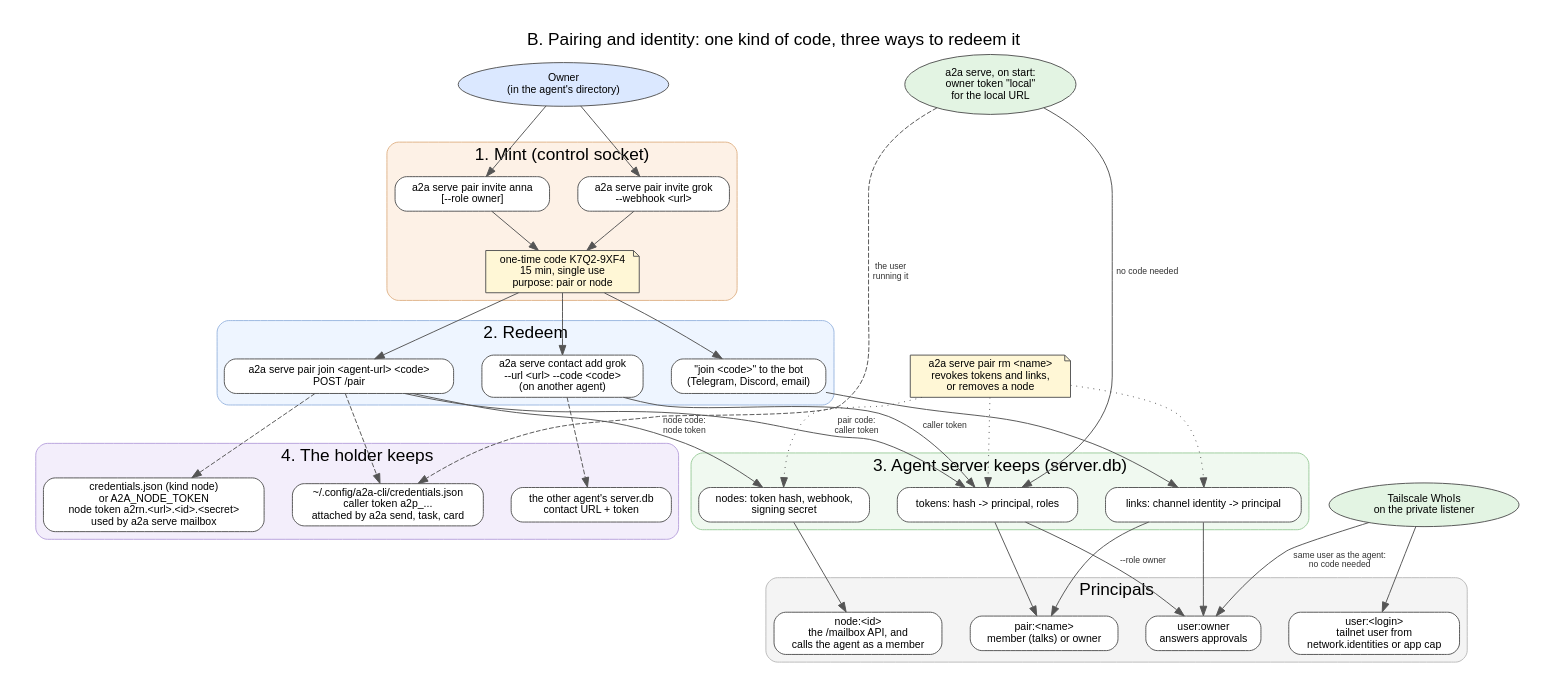
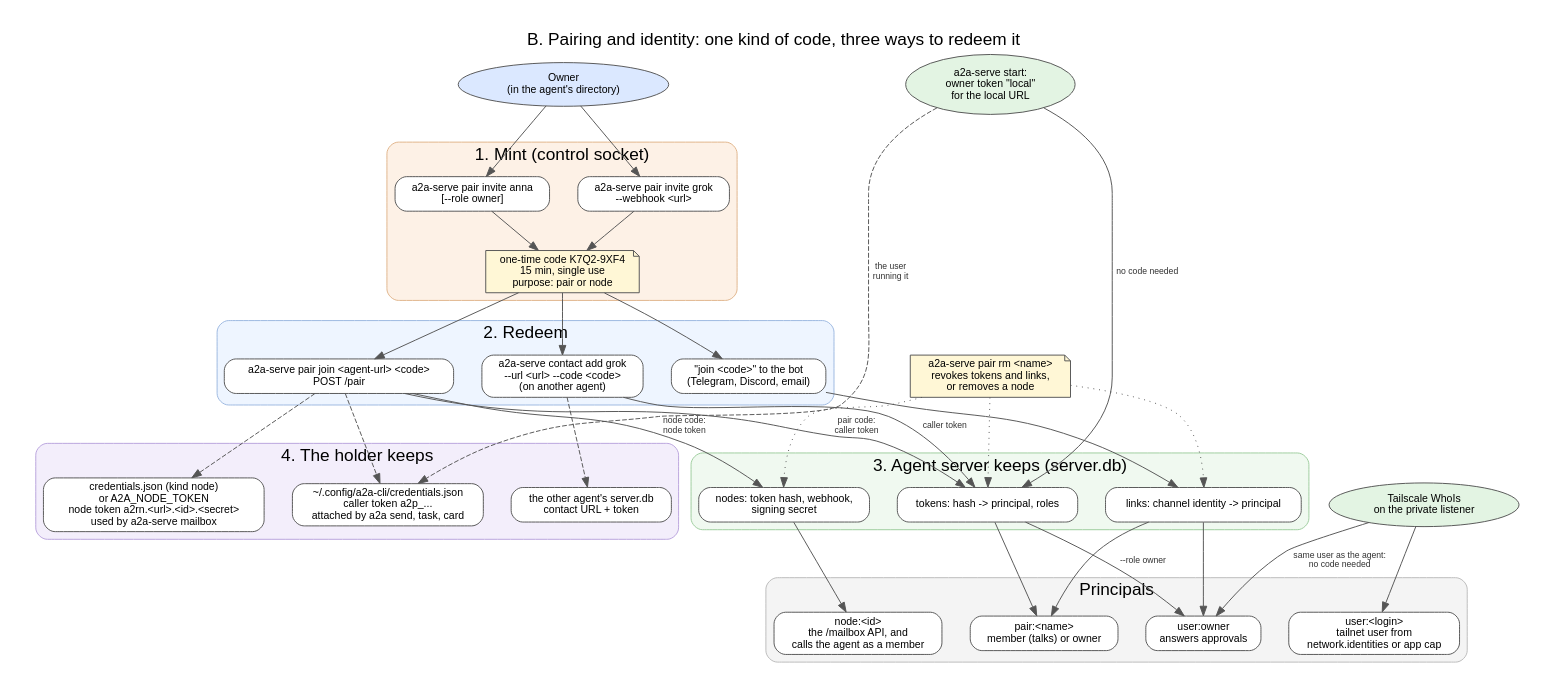
Before and after one commit to a2aproject/a2a-serve: the diagram in docs/graphs/agent-server-pairing.dot, drawn with Graphviz. The commit also changed 124 other files, not shown here.

First line of the commit message:
feat!: rename run to start and open to inspect, fold url into status and restore into backup, and write help for a2a-serve

```diff
--- a/docs/graphs/agent-server-pairing.dot
+++ b/docs/graphs/agent-server-pairing.dot
@@ -1,73 +1,73 @@
 // B. Pairing and identity: how callers, messenger accounts, other agents and
 // webhook nodes get a principal, and where each credential is kept.
 // Render: dot -Tpng -Gdpi=110 agent-server-pairing.dot -o agent-server-pairing.png
 digraph agent_server_pairing {
   rankdir=TB;
   graph [fontname="Helvetica", nodesep=0.4, ranksep=0.55, pad=0.3,
          label="B. Pairing and identity: one kind of code, three ways to redeem it", labelloc=t, fontsize=18];
   node  [fontname="Helvetica", fontsize=11, shape=box, style="rounded,filled", fillcolor="#ffffff", color="#555555"];
   edge  [fontname="Helvetica", fontsize=9, color="#555555", fontcolor="#333333"];
 
   Owner [label="Owner\n(in the agent's directory)", shape=ellipse, fillcolor="#dbe8ff"];
 
   subgraph cluster_mint {
     label="1. Mint (control socket)"; style="rounded,filled"; fillcolor="#fdf1e6"; color="#e0b48a";
-    PairCaller [label="a2a serve pair invite anna\n[--role owner]"];
-    PairNode   [label="a2a serve pair invite grok\n--webhook <url>"];
+    PairCaller [label="a2a-serve pair invite anna\n[--role owner]"];
+    PairNode   [label="a2a-serve pair invite grok\n--webhook <url>"];
     Code       [label="one-time code K7Q2-9XF4\n15 min, single use\npurpose: pair or node", shape=note, fillcolor="#fff7d6"];
   }
 
   subgraph cluster_redeem {
     label="2. Redeem"; style="rounded,filled"; fillcolor="#eef5ff"; color="#9bb7e0";
-    PairAdd  [label="a2a serve pair join <agent-url> <code>\nPOST /pair"];
+    PairAdd  [label="a2a-serve pair join <agent-url> <code>\nPOST /pair"];
     Link     [label="\"join <code>\" to the bot\n(Telegram, Discord, email)"];
-    Contact  [label="a2a serve contact add grok\n--url <url> --code <code>\n(on another agent)"];
+    Contact  [label="a2a-serve contact add grok\n--url <url> --code <code>\n(on another agent)"];
   }
 
   subgraph cluster_server {
     label="3. Agent server keeps (server.db)"; style="rounded,filled"; fillcolor="#f0f9f0"; color="#9ccc9c";
     Tokens [label="tokens: hash -> principal, roles"];
     Links  [label="links: channel identity -> principal"];
     NodeT  [label="nodes: token hash, webhook,\nsigning secret"];
   }
 
   subgraph cluster_holders {
     label="4. The holder keeps"; style="rounded,filled"; fillcolor="#f3eefb"; color="#b9a4dd";
     Creds   [label="~/.config/a2a-cli/credentials.json\ncaller token a2p_...\nattached by a2a send, task, card"];
-    NodeCreds [label="credentials.json (kind node)\nor A2A_NODE_TOKEN\nnode token a2rn.<url>.<id>.<secret>\nused by a2a serve mailbox"];
+    NodeCreds [label="credentials.json (kind node)\nor A2A_NODE_TOKEN\nnode token a2rn.<url>.<id>.<secret>\nused by a2a-serve mailbox"];
     ContactDB [label="the other agent's server.db\ncontact URL + token"];
   }
 
   subgraph cluster_principals {
     label="Principals"; style="rounded,filled"; fillcolor="#f4f4f4"; color="#bbbbbb";
     POwner  [label="user:owner\nanswers approvals"];
     PPair   [label="pair:<name>\nmember (talks) or owner"];
     PUser   [label="user:<login>\ntailnet user from\nnetwork.identities or app cap"];
     PNode   [label="node:<id>\nthe /mailbox API, and\ncalls the agent as a member"];
   }
 
   Tailnet [label="Tailscale WhoIs\non the private listener", shape=ellipse, fillcolor="#e3f4e3"];
-  Start   [label="a2a serve, on start:\nowner token \"local\"\nfor the local URL", shape=ellipse, fillcolor="#e3f4e3"];
+  Start   [label="a2a-serve start:\nowner token \"local\"\nfor the local URL", shape=ellipse, fillcolor="#e3f4e3"];
 
   Owner -> PairCaller; Owner -> PairNode;
   PairCaller -> Code; PairNode -> Code;
   Code -> PairAdd; Code -> Link; Code -> Contact;
   PairAdd -> Tokens [label="pair code:\ncaller token"];
   PairAdd -> NodeT  [label="node code:\nnode token"];
   Link -> Links;
   Contact -> Tokens [label="caller token"];
   PairAdd -> Creds [style=dashed];
   PairAdd -> NodeCreds [style=dashed];
   Contact -> ContactDB [style=dashed];
   Tokens -> PPair; Tokens -> POwner [label="--role owner"];
   Links -> PPair; Links -> POwner;
   NodeT -> PNode;
   Tailnet -> POwner [label="same user as the agent:\nno code needed"];
   Tailnet -> PUser;
   {rank=same; Owner; Start}
   Start -> Tokens [label="no code needed"];
   Start -> Creds [style=dashed, label="the user\nrunning it"];
 
-  Revoke [label="a2a serve pair rm <name>\nrevokes tokens and links,\nor removes a node", shape=note, fillcolor="#fff7d6"];
+  Revoke [label="a2a-serve pair rm <name>\nrevokes tokens and links,\nor removes a node", shape=note, fillcolor="#fff7d6"];
   Revoke -> Tokens [style=dotted]; Revoke -> Links [style=dotted]; Revoke -> NodeT [style=dotted];
 }
```
